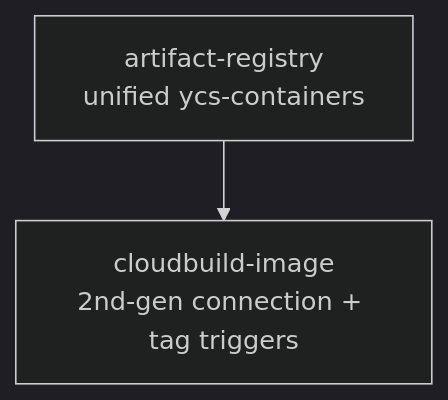
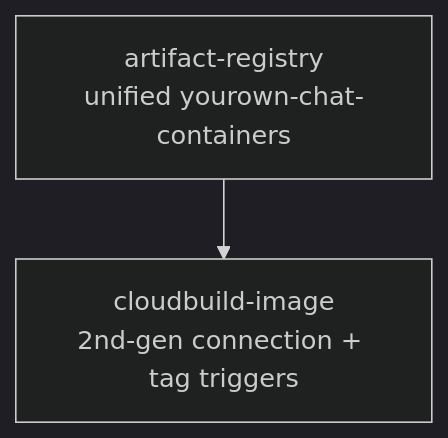
The second of 2 diagrams in README.md (pilprod/yourown-chat), drawn with Mermaid (dark theme) before and after one commit. The commit also changed other lines of this file and 27 other files, not shown here.

First line of the commit message:
Rename resource-name prefix ycs -> yourown-chat

````diff
--- a/README.md
+++ b/README.md
@@ -120,4 +120,4 @@
 ```mermaid
 graph TD
-  AR[artifact-registry<br/>unified ycs-containers] --> IMG[cloudbuild-image<br/>2nd-gen connection + tag triggers]
+  AR[artifact-registry<br/>unified yourown-chat-containers] --> IMG[cloudbuild-image<br/>2nd-gen connection + tag triggers]
 ```
````
